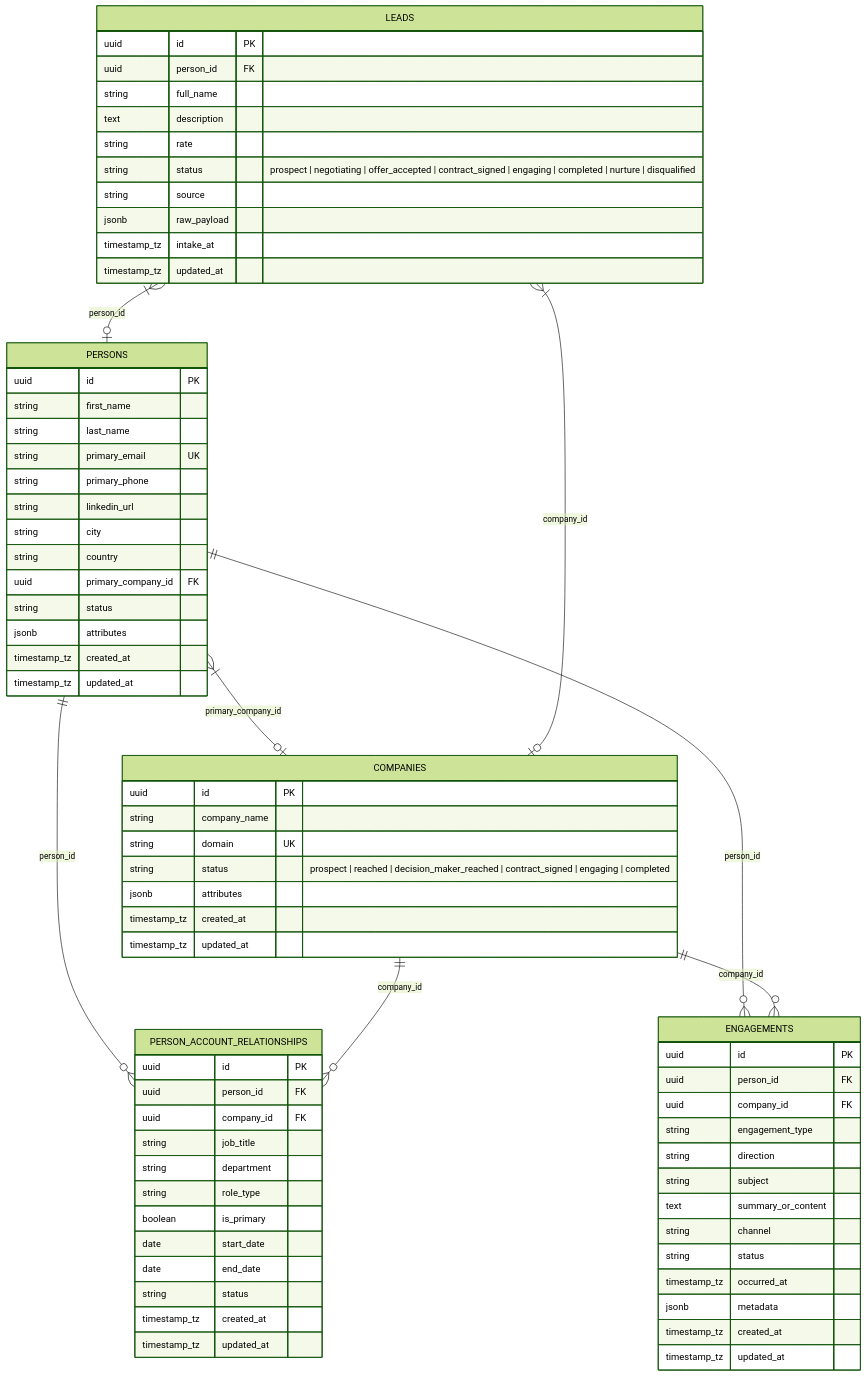
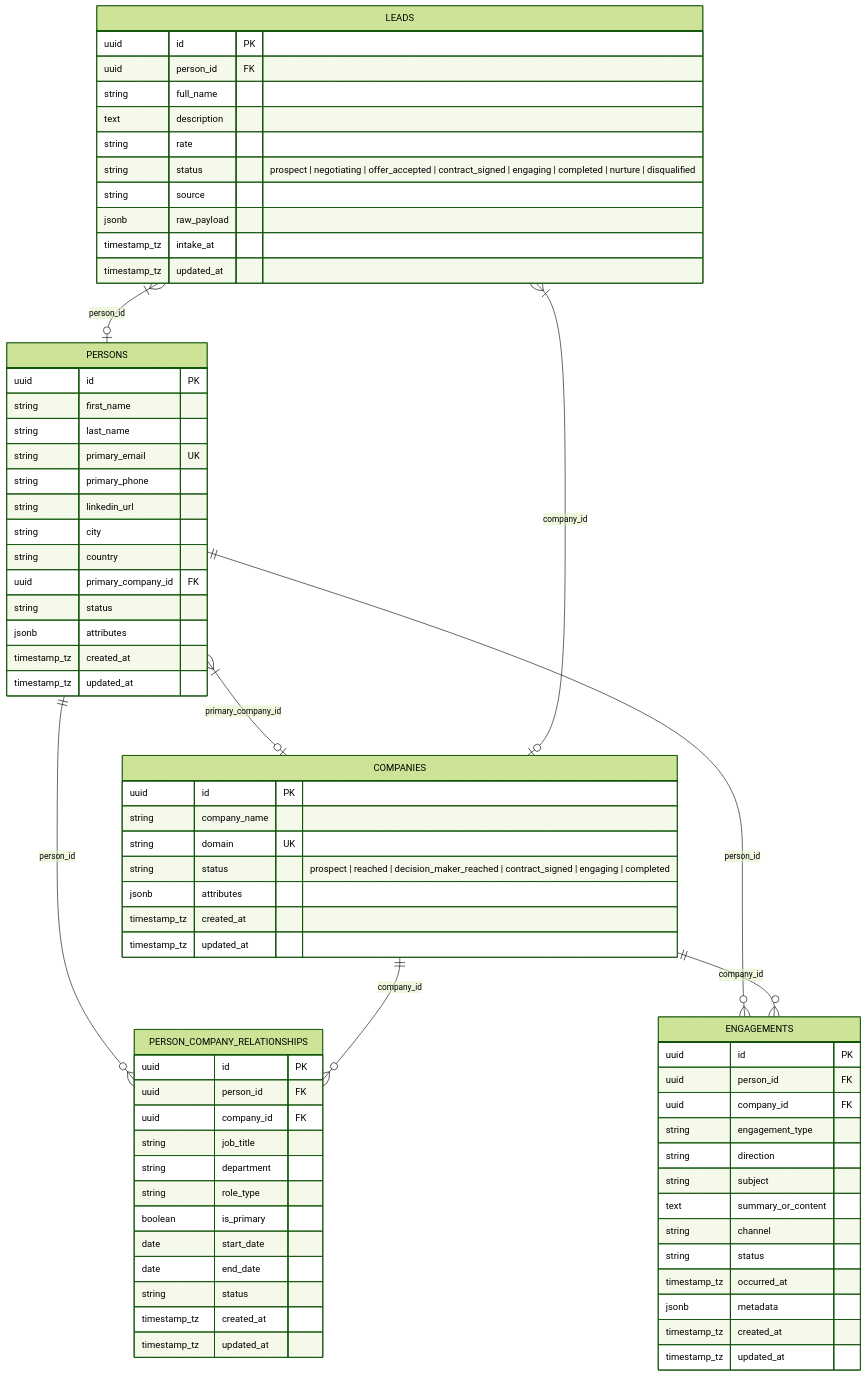
The diagram in src/db/README.md (Data-Biz-AI-Consultancy/Jager), drawn with Mermaid (forest theme) before and after one commit. The commit also changed other lines of this file and 9 other files, not shown here.

Commit message:
refactor: rename cdp.person_account_relationships to cdp.person_company_relationships across database schema and processors

````diff
--- a/src/db/README.md
+++ b/src/db/README.md
@@ -11,80 +11,80 @@
 ```mermaid
 erDiagram
     COMPANIES {
         uuid id PK
         string company_name
         string domain UK
         string status "prospect | reached | decision_maker_reached | contract_signed | engaging | completed"
         jsonb attributes
         timestamp_tz created_at
         timestamp_tz updated_at
     }
 
     PERSONS {
         uuid id PK
         string first_name
         string last_name
         string primary_email UK
         string primary_phone
         string linkedin_url
         string city
         string country
         uuid primary_company_id FK
         string status
         jsonb attributes
         timestamp_tz created_at
         timestamp_tz updated_at
     }
 
     LEADS {
         uuid id PK
         uuid person_id FK
         string full_name
         text description
         string rate
         string status "prospect | negotiating | offer_accepted | contract_signed | engaging | completed | nurture | disqualified"
         string source
         jsonb raw_payload
         timestamp_tz intake_at
         timestamp_tz updated_at
     }
 
-    PERSON_ACCOUNT_RELATIONSHIPS {
+    PERSON_COMPANY_RELATIONSHIPS {
         uuid id PK
         uuid person_id FK
         uuid company_id FK
         string job_title
         string department
         string role_type
         boolean is_primary
         date start_date
         date end_date
         string status
         timestamp_tz created_at
         timestamp_tz updated_at
     }
 
     ENGAGEMENTS {
         uuid id PK
         uuid person_id FK
         uuid company_id FK
         string engagement_type
         string direction
         string subject
         text summary_or_content
         string channel
         string status
         timestamp_tz occurred_at
         jsonb metadata
         timestamp_tz created_at
         timestamp_tz updated_at
     }
 
     PERSONS }|--o| COMPANIES : "primary_company_id"
     LEADS }|--o| PERSONS : "person_id"
     LEADS }|--o| COMPANIES : "company_id"
-    PERSONS ||--o{ PERSON_ACCOUNT_RELATIONSHIPS : "person_id"
-    COMPANIES ||--o{ PERSON_ACCOUNT_RELATIONSHIPS : "company_id"
+    PERSONS ||--o{ PERSON_COMPANY_RELATIONSHIPS : "person_id"
+    COMPANIES ||--o{ PERSON_COMPANY_RELATIONSHIPS : "company_id"
     PERSONS ||--o{ ENGAGEMENTS : "person_id"
     COMPANIES ||--o{ ENGAGEMENTS : "company_id"
 ```
````
